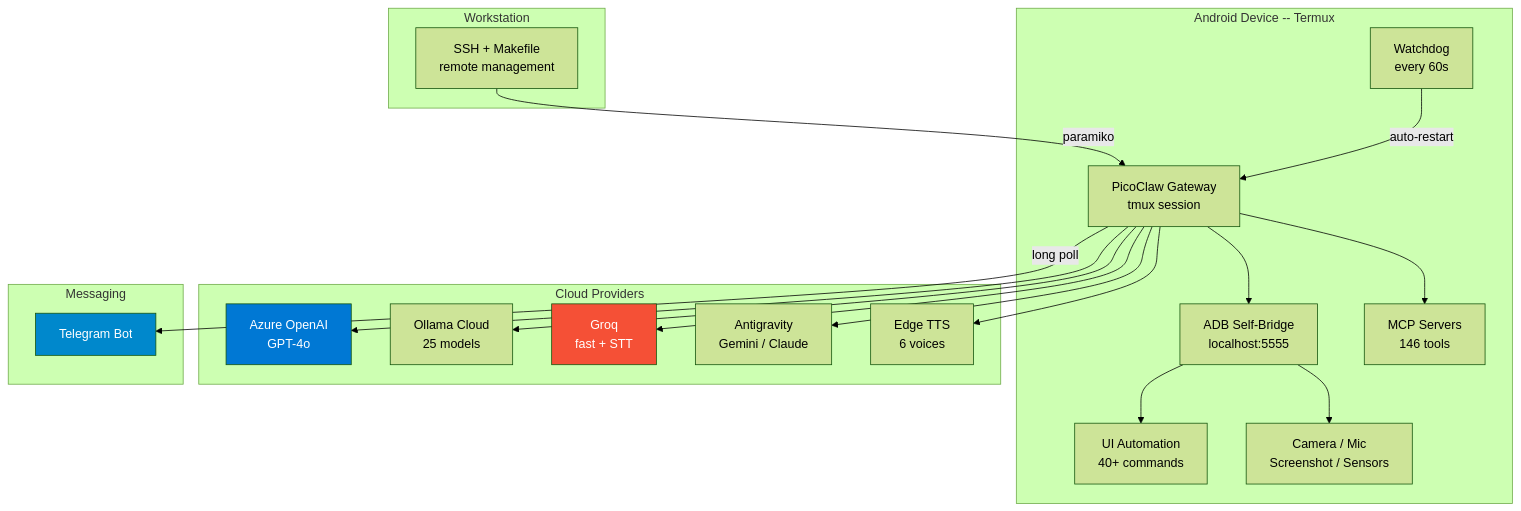
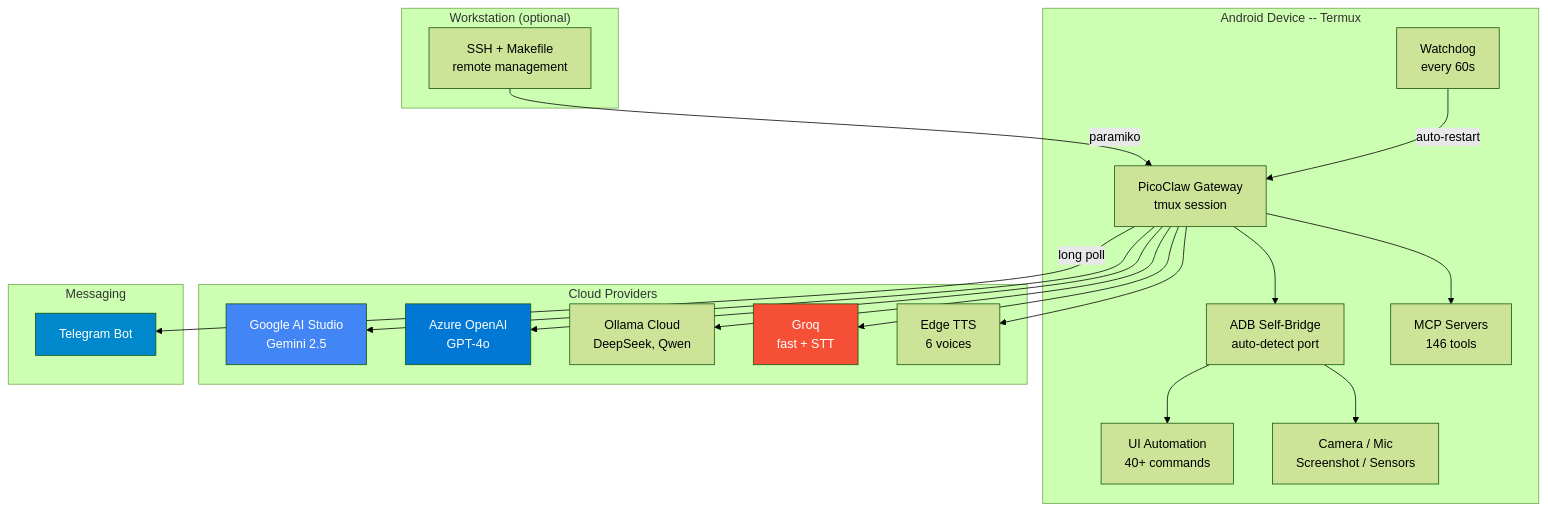
One commit to carrilloapps/picoclaw-dotfiles changed the diagram in README.md. Above: the diagram before and after it, drawn with Mermaid (forest theme). The commit also changed other lines of this file and 68 other files, not shown here.

````diff
--- a/README.md
+++ b/README.md
@@ -73,44 +101,45 @@
 ```mermaid
 graph TB
     subgraph "Android Device -- Termux"
         GW["PicoClaw Gateway<br/>tmux session"]
-        ADB["ADB Self-Bridge<br/>localhost:5555"]
+        ADB["ADB Self-Bridge<br/>auto-detect port"]
         WD["Watchdog<br/>every 60s"]
         UI["UI Automation<br/>40+ commands"]
         CAM["Camera / Mic<br/>Screenshot / Sensors"]
         MCP["MCP Servers<br/>146 tools"]
     end
 
     subgraph "Cloud Providers"
+        GG["Google AI Studio<br/>Gemini 2.5"]
         AZ["Azure OpenAI<br/>GPT-4o"]
-        OL["Ollama Cloud<br/>25 models"]
+        OL["Ollama Cloud<br/>DeepSeek, Qwen"]
         GQ["Groq<br/>fast + STT"]
-        AG["Antigravity<br/>Gemini / Claude"]
         TTS["Edge TTS<br/>6 voices"]
     end
 
     subgraph "Messaging"
         TG["Telegram Bot"]
     end
 
-    subgraph "Workstation"
+    subgraph "Workstation (optional)"
         WS["SSH + Makefile<br/>remote management"]
     end
 
     WS -->|"paramiko"| GW
     GW -->|"long poll"| TG
+    GW --> GG
     GW --> AZ
     GW --> OL
     GW --> GQ
-    GW --> AG
     GW --> TTS
     GW --> ADB
     GW --> MCP
     ADB --> UI
     ADB --> CAM
     WD -->|"auto-restart"| GW
 
+    style GG fill:#4285F4,color:#fff
     style AZ fill:#0078d4,color:#fff
     style GQ fill:#f55036,color:#fff
     style TG fill:#0088cc,color:#fff
 ```
````
